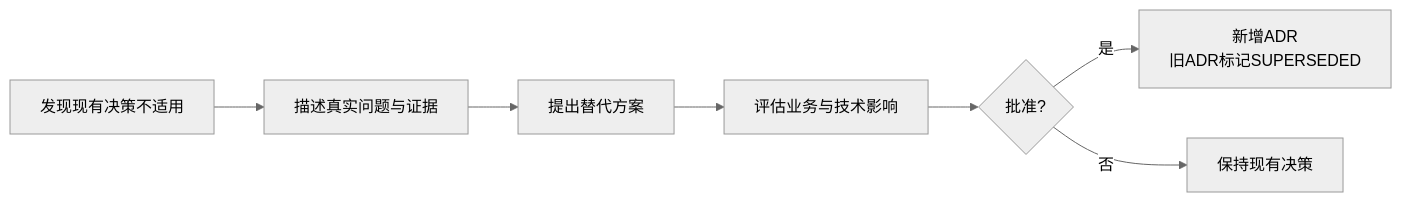
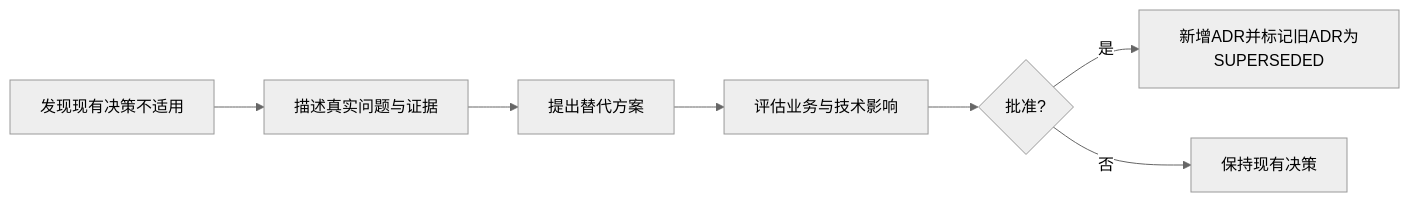
One commit to SONG-36/TK_Video_Intelligence_Workbench changed the diagram in architecture/02_ARCHITECTURE_DECISIONS.md. Above: the diagram before and after it, drawn with Mermaid (neutral theme). The commit also changed other lines of this file and 9 other files, not shown here.

````diff
--- a/architecture/02_ARCHITECTURE_DECISIONS.md
+++ b/architecture/02_ARCHITECTURE_DECISIONS.md
@@ -259,14 +262,14 @@
 ```mermaid
 flowchart LR
     A[发现现有决策不适用]
     B[描述真实问题与证据]
     C[提出替代方案]
     D[评估业务与技术影响]
     E{批准?}
-    F[新增ADR<br/>旧ADR标记SUPERSEDED]
+    F[新增ADR并标记旧ADR为SUPERSEDED]
     G[保持现有决策]
 
     A --> B --> C --> D --> E
     E -- 是 --> F
     E -- 否 --> G
 ```
````
